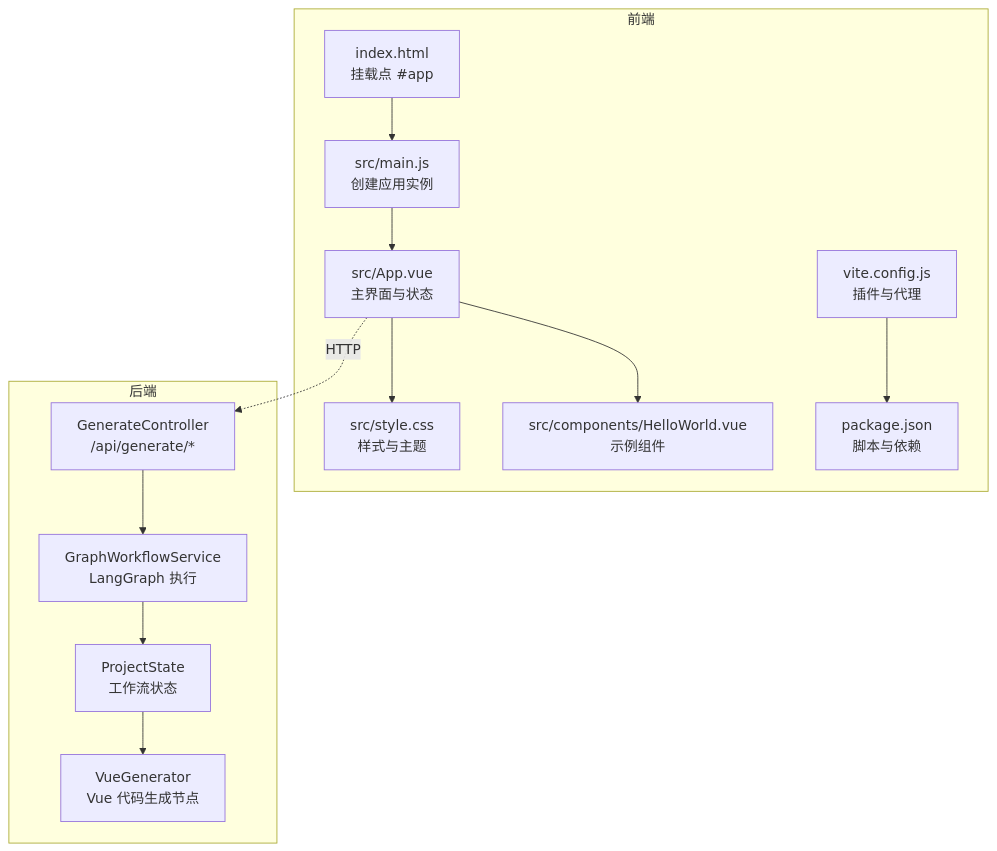
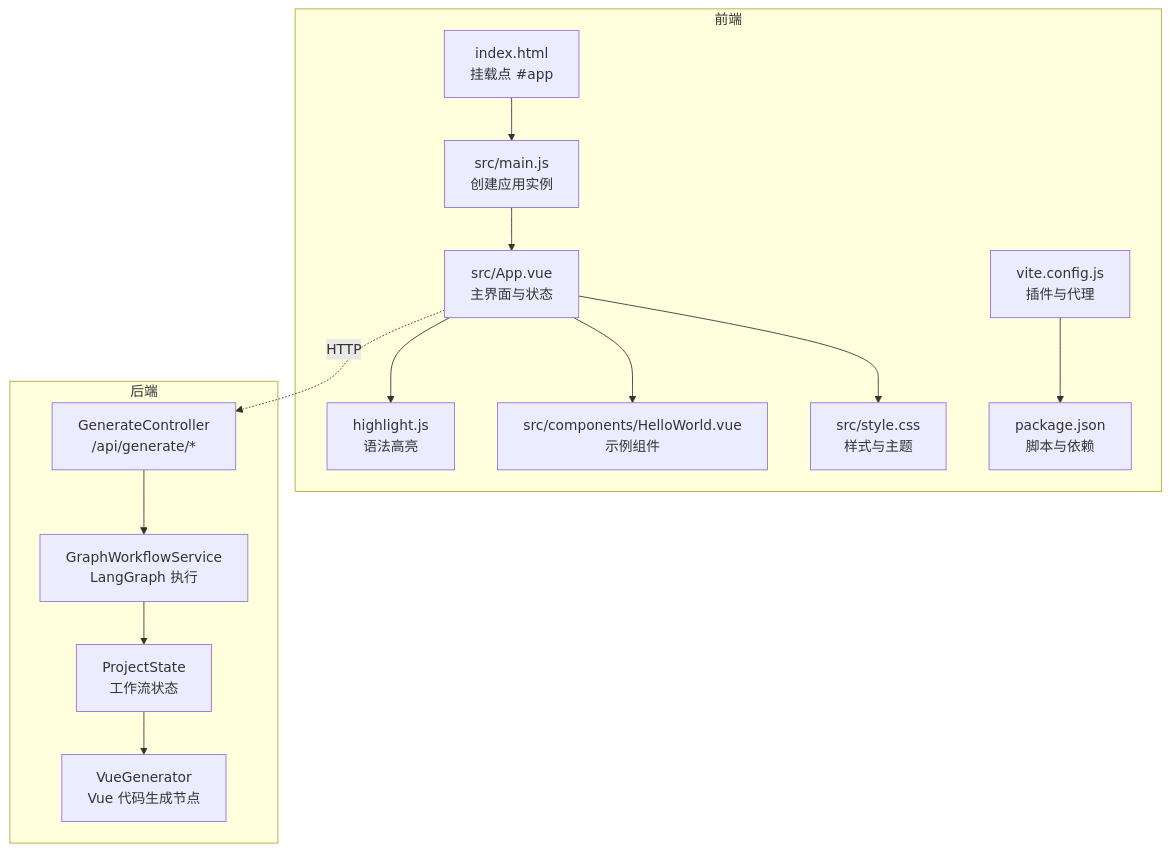
One commit to CyanYuKi/WebSiteFrontendCodeMother changed the first of 4 diagrams in .qoder/repowiki/zh/content/前端Vue.js应用.md. Above: the diagram before and after it, drawn with Mermaid. The commit also changed other lines of this file and 14 other files, not shown here.

````diff
--- a/.qoder/repowiki/zh/content/前端Vue.js应用.md
+++ b/.qoder/repowiki/zh/content/前端Vue.js应用.md
@@ -43,24 +52,26 @@
 ```mermaid
 graph TB
 subgraph "前端"
 A["index.html<br/>挂载点 #app"]
 B["src/main.js<br/>创建应用实例"]
 C["src/App.vue<br/>主界面与状态"]
 D["src/style.css<br/>样式与主题"]
 E["src/components/HelloWorld.vue<br/>示例组件"]
 F["vite.config.js<br/>插件与代理"]
 G["package.json<br/>脚本与依赖"]
+H["highlight.js<br/>语法高亮"]
 end
 subgraph "后端"
-H["GenerateController<br/>/api/generate/*"]
-I["GraphWorkflowService<br/>LangGraph 执行"]
-J["ProjectState<br/>工作流状态"]
-K["VueGenerator<br/>Vue 代码生成节点"]
+I["GenerateController<br/>/api/generate/*"]
+J["GraphWorkflowService<br/>LangGraph 执行"]
+K["ProjectState<br/>工作流状态"]
+L["VueGenerator<br/>Vue 代码生成节点"]
 end
 A --> B --> C
 C --> D
 C --> E
+C --> H
 F --> G
-C -.HTTP.-> H
-H --> I --> J --> K
+C -.HTTP.-> I
+I --> J --> K --> L
 ```
````
